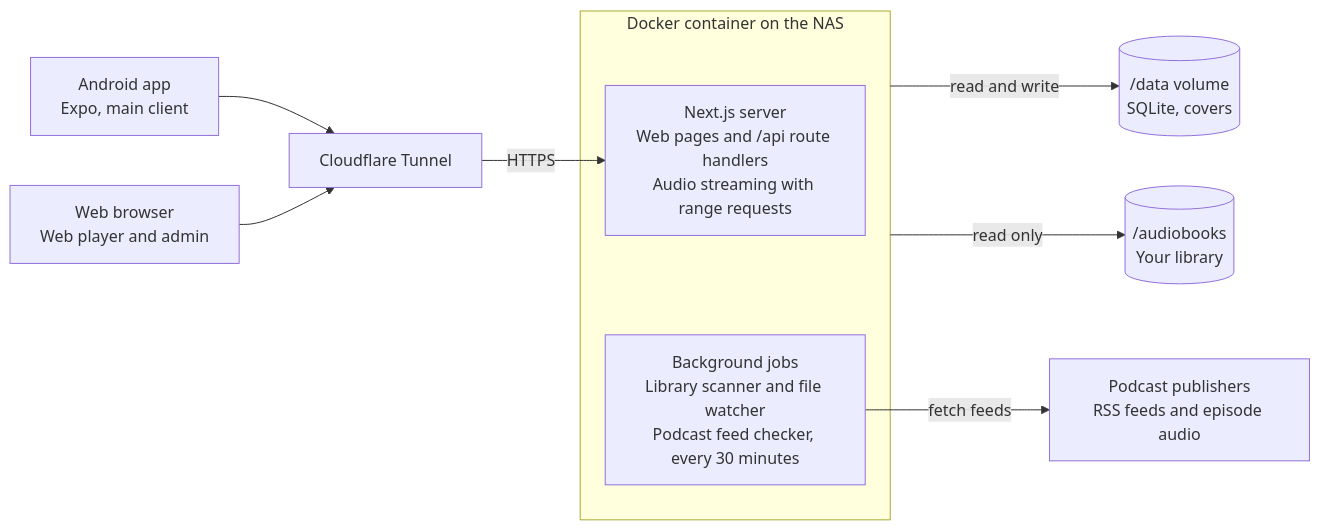
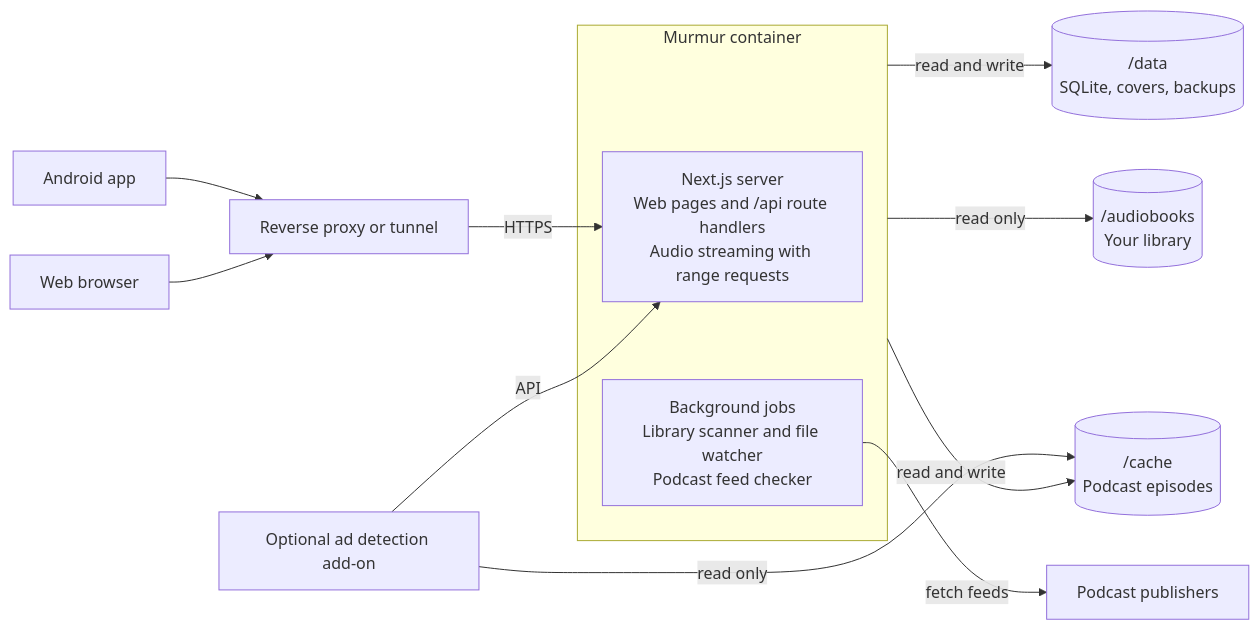
Before and after one commit to gholaday/murmur: the diagram in docs/SPEC.md, drawn with Mermaid. The commit also changed other lines of this file and 10 other files, not shown here.

````diff
--- a/docs/SPEC.md
+++ b/docs/SPEC.md
@@ -86,13 +85,16 @@
 ```mermaid
 flowchart LR
-  app[Android app<br/>Expo, main client] --> cf[Cloudflare Tunnel]
-  web[Web browser<br/>Web player and admin] --> cf
-  cf -- HTTPS --> next
-  subgraph container[Docker container on the NAS]
+  app[Android app] --> proxy[Reverse proxy or tunnel]
+  web[Web browser] --> proxy
+  proxy -- HTTPS --> next
+  subgraph container[Murmur container]
     next[Next.js server<br/>Web pages and /api route handlers<br/>Audio streaming with range requests]
-    jobs[Background jobs<br/>Library scanner and file watcher<br/>Podcast feed checker, every 30 minutes]
+    jobs[Background jobs<br/>Library scanner and file watcher<br/>Podcast feed checker]
   end
-  container -- read and write --> data[(/data volume<br/>SQLite, covers)]
+  container -- read and write --> data[(/data<br/>SQLite, covers, backups)]
   container -- read only --> lib[(/audiobooks<br/>Your library)]
-  jobs -- fetch feeds --> pub[Podcast publishers<br/>RSS feeds and episode audio]
+  container -- read and write --> cache[(/cache<br/>Podcast episodes)]
+  jobs -- fetch feeds --> pub[Podcast publishers]
+  adscan[Optional ad detection add-on] -- read only --> cache
+  adscan -- API --> next
 ```
````
